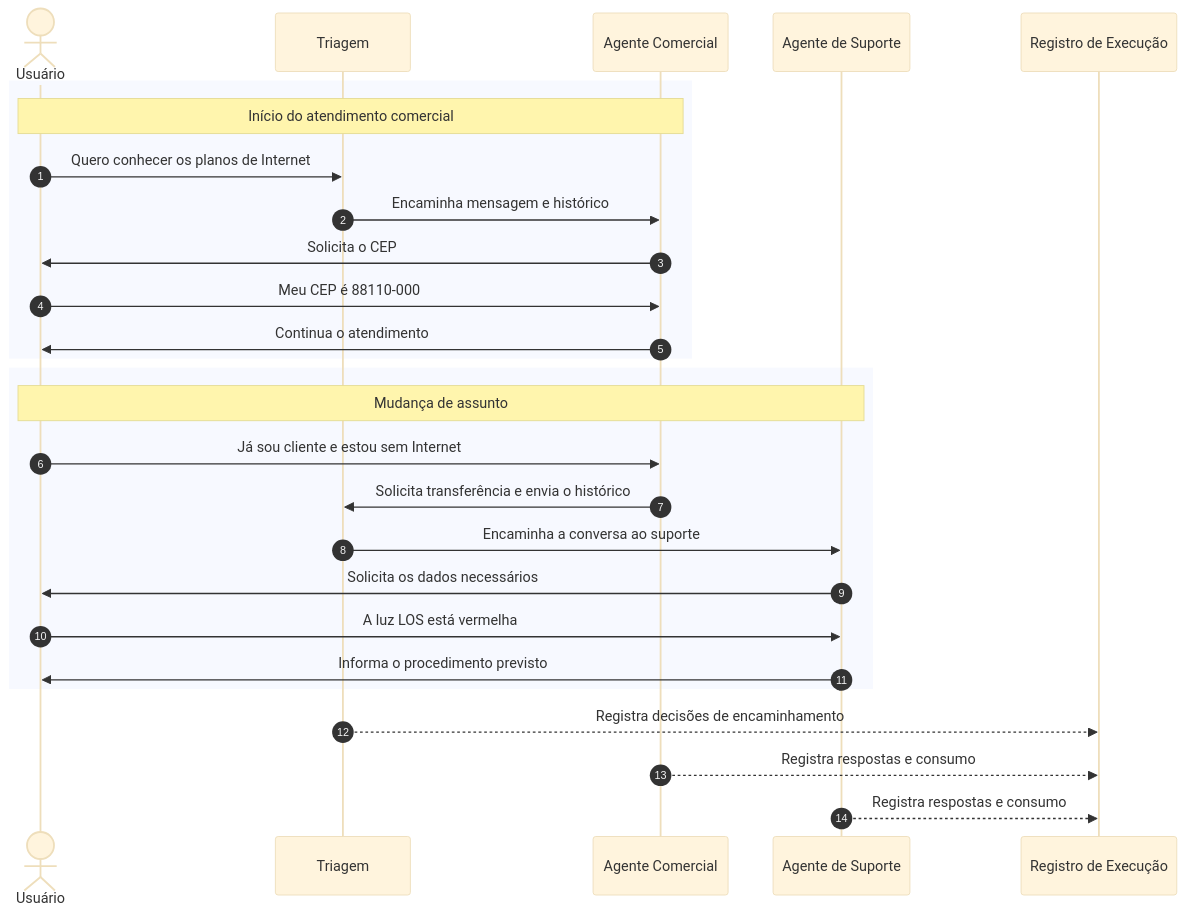
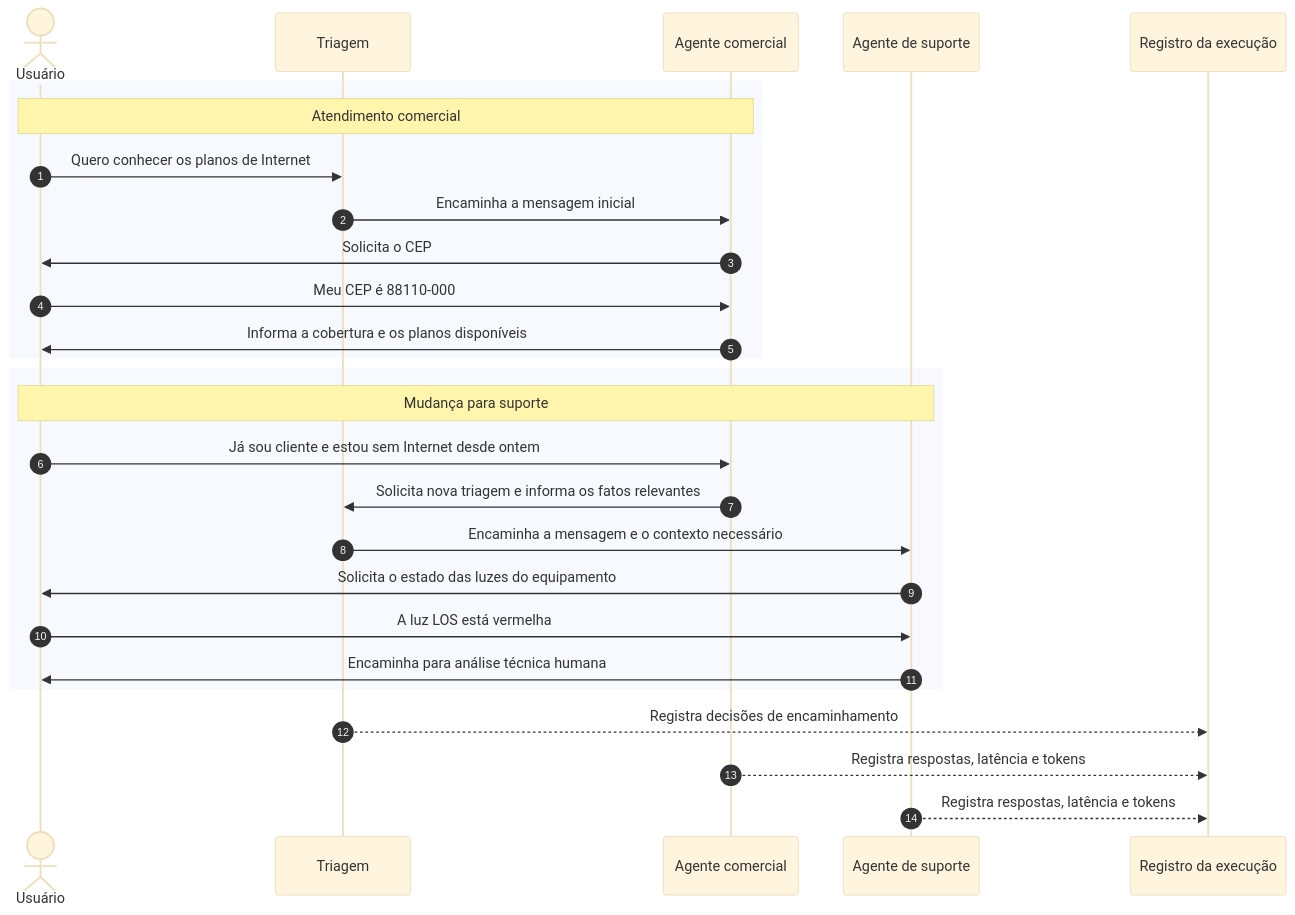
The diagram in tcc-2026.2/prototipos/diagramas/fontes/arquitetura-multiagente.md (wagnerfloresdossantos/engtelecom-ifsc-sj), drawn with Mermaid (base theme) before and after one commit. The commit also changed other lines of this file and 28 other files, not shown here.

````diff
--- a/tcc-2026.2/prototipos/diagramas/fontes/arquitetura-multiagente.md
+++ b/tcc-2026.2/prototipos/diagramas/fontes/arquitetura-multiagente.md
@@ -3,33 +1,33 @@
 ```mermaid
 sequenceDiagram
     autonumber
 
     actor U as Usuário
     participant T as Triagem
-    participant C as Agente Comercial
-    participant S as Agente de Suporte
-    participant R as Registro de Execução
+    participant C as Agente comercial
+    participant S as Agente de suporte
+    participant R as Registro da execução
 
     rect
-        Note over U,C: Início do atendimento comercial
+        Note over U,C: Atendimento comercial
         U->>T: Quero conhecer os planos de Internet
-        T->>C: Encaminha mensagem e histórico
+        T->>C: Encaminha a mensagem inicial
         C->>U: Solicita o CEP
         U->>C: Meu CEP é 88110-000
-        C->>U: Continua o atendimento
+        C->>U: Informa a cobertura e os planos disponíveis
     end
 
     rect
-        Note over U,S: Mudança de assunto
-        U->>C: Já sou cliente e estou sem Internet
-        C->>T: Solicita transferência e envia o histórico
-        T->>S: Encaminha a conversa ao suporte
-        S->>U: Solicita os dados necessários
+        Note over U,S: Mudança para suporte
+        U->>C: Já sou cliente e estou sem Internet desde ontem
+        C->>T: Solicita nova triagem e informa os fatos relevantes
+        T->>S: Encaminha a mensagem e o contexto necessário
+        S->>U: Solicita o estado das luzes do equipamento
         U->>S: A luz LOS está vermelha
-        S->>U: Informa o procedimento previsto
+        S->>U: Encaminha para análise técnica humana
     end
 
     T-->>R: Registra decisões de encaminhamento
-    C-->>R: Registra respostas e consumo
-    S-->>R: Registra respostas e consumo
+    C-->>R: Registra respostas, latência e tokens
+    S-->>R: Registra respostas, latência e tokens
 ```
````
